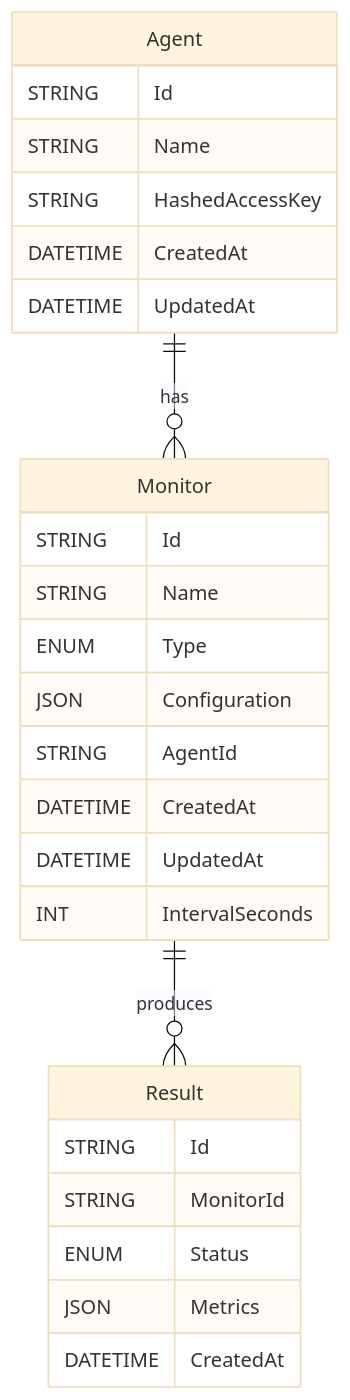
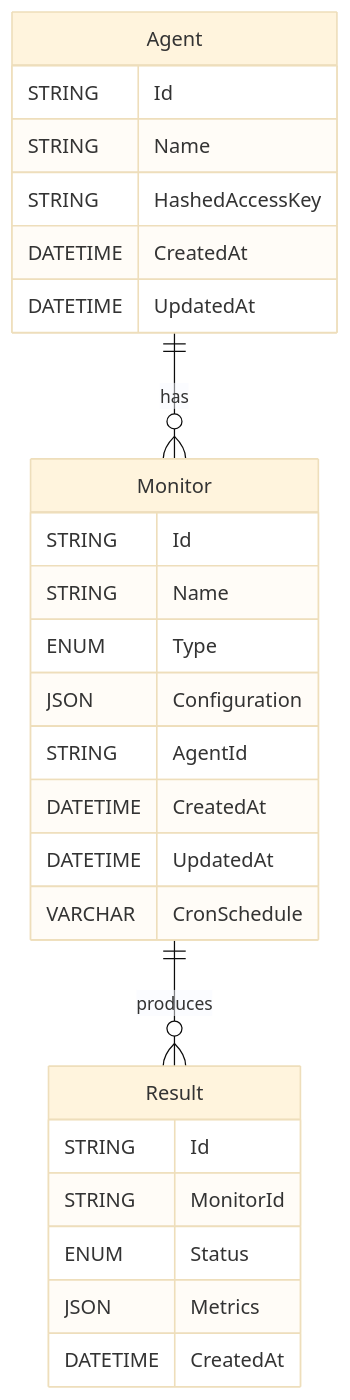
One commit to marwen1337/stati changed the second of 2 diagrams in README.md. Above: the diagram before and after it, drawn with Mermaid (base theme). The commit also changed 9 other files, not shown here.

````diff
--- a/README.md
+++ b/README.md
@@ -26,30 +26,30 @@
 ```mermaid
 erDiagram
     Agent {
         STRING Id
         STRING Name
         STRING HashedAccessKey
         DATETIME CreatedAt
         DATETIME UpdatedAt
     }
     Monitor {
         STRING Id
         STRING Name
         ENUM Type
         JSON Configuration
         STRING AgentId
         DATETIME CreatedAt
         DATETIME UpdatedAt
-        INT IntervalSeconds
+        VARCHAR CronSchedule
     }
     Result {
         STRING Id
         STRING MonitorId
         ENUM Status
         JSON Metrics
         DATETIME CreatedAt
     }
 
     Agent ||--o{ Monitor : has
     Monitor ||--o{ Result : produces
 ```
````
